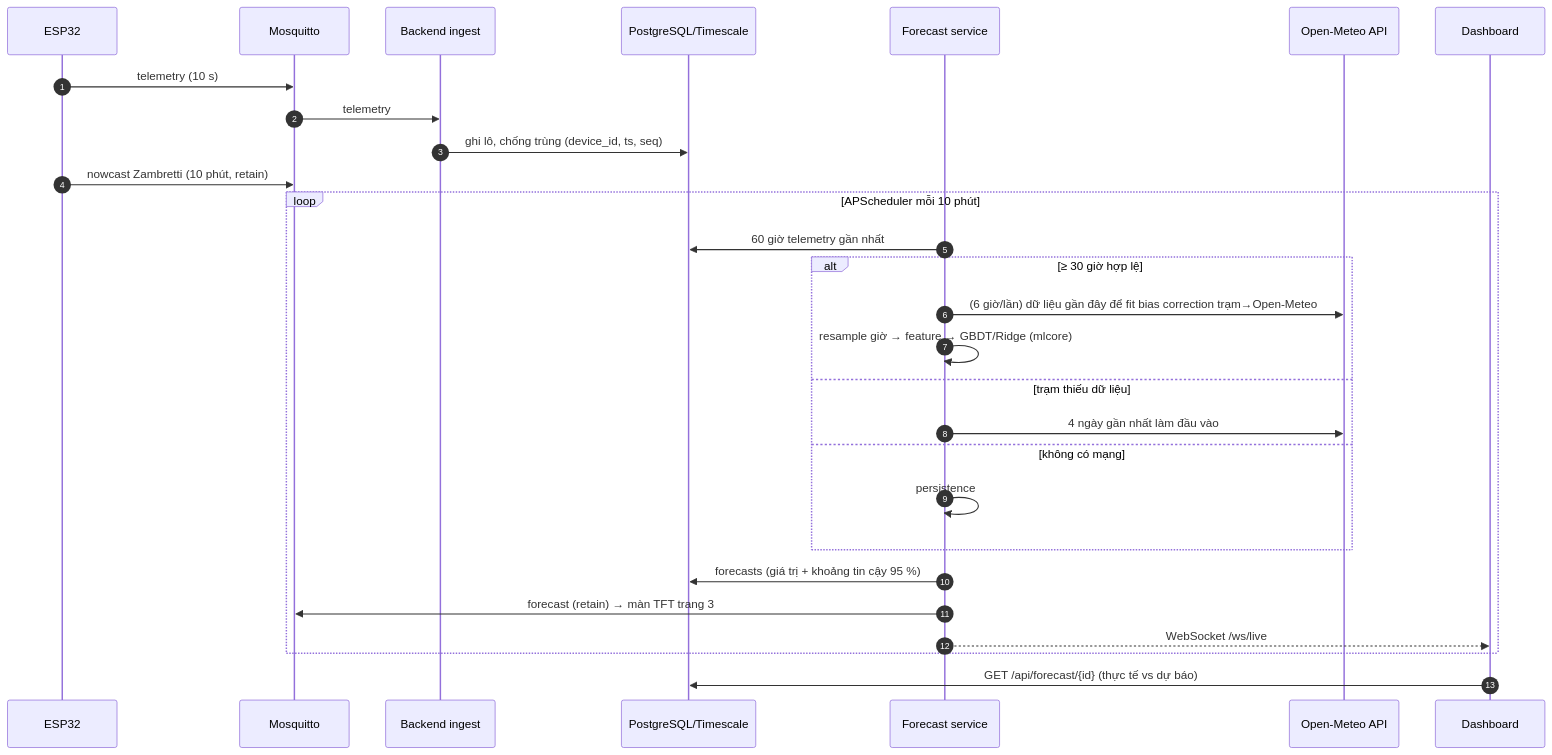
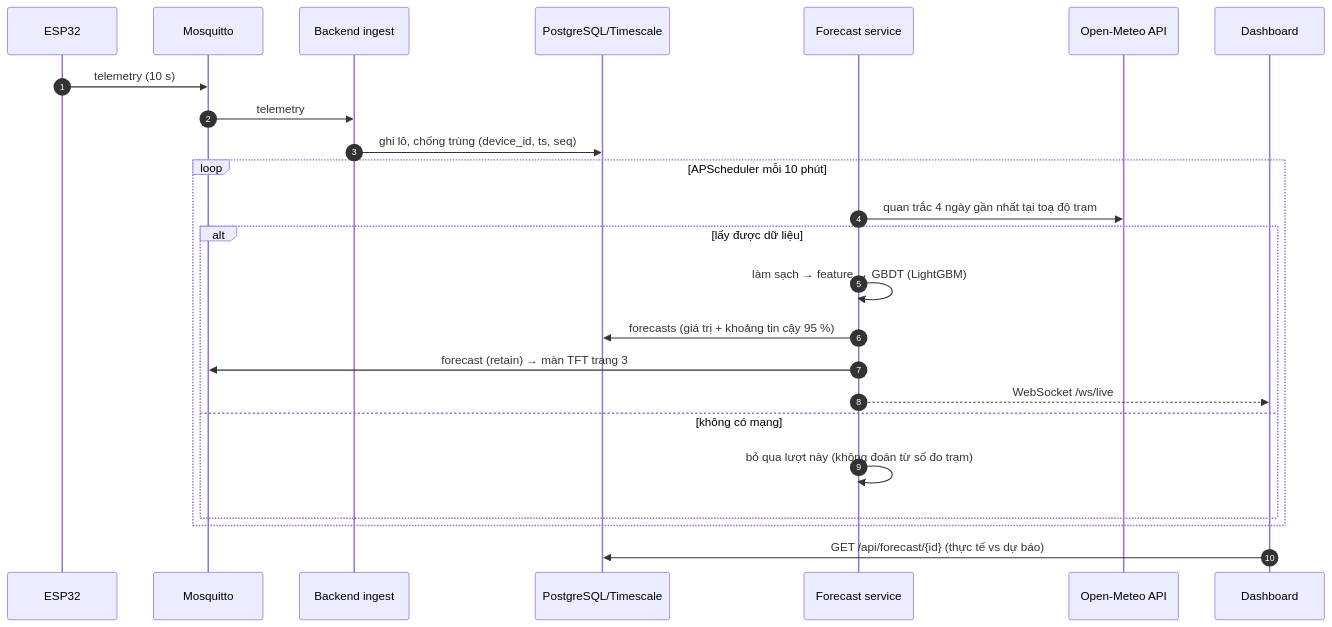
Before and after one commit to danhle396/pythonnhung: the second of 3 diagrams in docs/architecture/sequences.md, drawn with Mermaid. The commit also changed other lines of this file and 176 other files, not shown here.

````diff
--- a/docs/architecture/sequences.md
+++ b/docs/architecture/sequences.md
@@ -48,31 +48,27 @@
 ```mermaid
 sequenceDiagram
     autonumber
     participant E as ESP32
     participant B as Mosquitto
     participant I as Backend ingest
     participant DB as PostgreSQL/Timescale
     participant F as Forecast service
     participant OM as Open-Meteo API
     participant D as Dashboard
 
     E->>B: telemetry (10 s)
     B->>I: telemetry
     I->>DB: ghi lô, chống trùng (device_id, ts, seq)
-    E->>B: nowcast Zambretti (10 phút, retain)
     loop APScheduler mỗi 10 phút
-        F->>DB: 60 giờ telemetry gần nhất
-        alt ≥ 30 giờ hợp lệ
-            F->>OM: (6 giờ/lần) dữ liệu gần đây để fit bias correction trạm→Open-Meteo
-            F->>F: resample giờ → feature → GBDT/Ridge (mlcore)
-        else trạm thiếu dữ liệu
-            F->>OM: 4 ngày gần nhất làm đầu vào
+        F->>OM: quan trắc 4 ngày gần nhất tại toạ độ trạm
+        alt lấy được dữ liệu
+            F->>F: làm sạch → feature → GBDT (LightGBM)
+            F->>DB: forecasts (giá trị + khoảng tin cậy 95 %)
+            F->>B: forecast (retain) → màn TFT trang 3
+            F-->>D: WebSocket /ws/live
         else không có mạng
-            F->>F: persistence
+            F->>F: bỏ qua lượt này (không đoán từ số đo trạm)
         end
-        F->>DB: forecasts (giá trị + khoảng tin cậy 95 %)
-        F->>B: forecast (retain) → màn TFT trang 3
-        F-->>D: WebSocket /ws/live
     end
     D->>DB: GET /api/forecast/{id} (thực tế vs dự báo)
 ```
````
